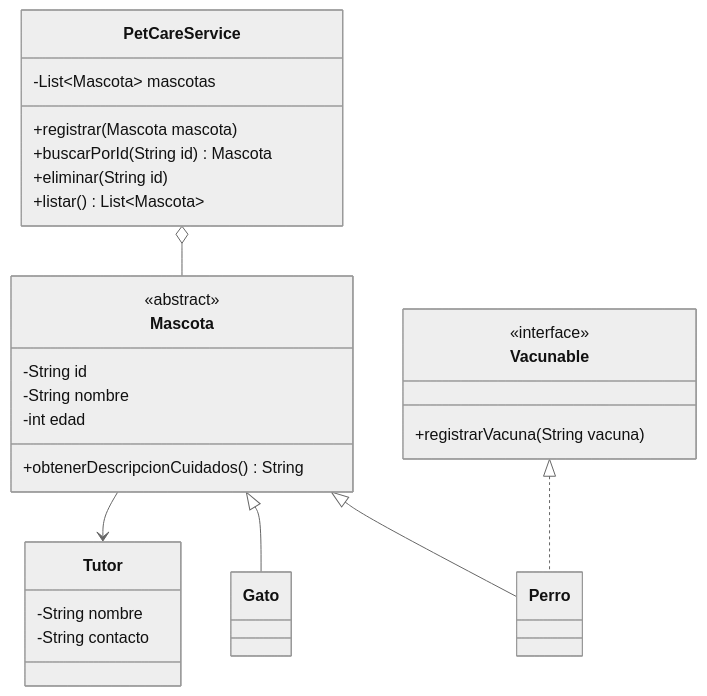
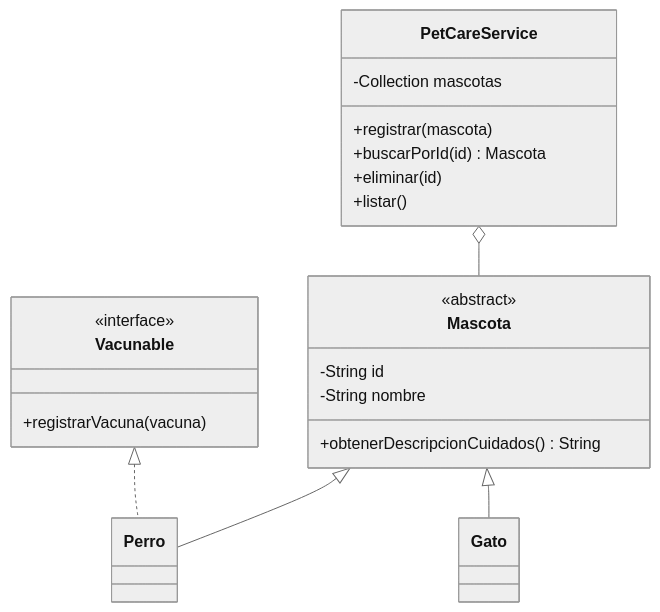
One commit to cmartinezs/DSY1102-DESARROLLO-ORIENTADO-OBJETOS-2026-2 changed the diagram in proyecto-formativo/semana-08/MODELO-Y-CHECKPOINT.md. Above: the diagram before and after it, drawn with Mermaid (neutral theme). The commit also changed other lines of this file and 22 other files, not shown here.

````diff
--- a/proyecto-formativo/semana-08/MODELO-Y-CHECKPOINT.md
+++ b/proyecto-formativo/semana-08/MODELO-Y-CHECKPOINT.md
@@ -7,37 +5,30 @@
 ```mermaid
 classDiagram
     class Mascota {
         <<abstract>>
         -String id
         -String nombre
-        -int edad
         +obtenerDescripcionCuidados() String
     }
 
     class Perro
     class Gato
 
-    class Tutor {
-        -String nombre
-        -String contacto
-    }
-
     class PetCareService {
-        -List~Mascota~ mascotas
-        +registrar(Mascota mascota)
-        +buscarPorId(String id) Mascota
-        +eliminar(String id)
-        +listar() List~Mascota~
+        -Collection mascotas
+        +registrar(mascota)
+        +buscarPorId(id) Mascota
+        +eliminar(id)
+        +listar()
     }
 
     class Vacunable {
         <<interface>>
-        +registrarVacuna(String vacuna)
+        +registrarVacuna(vacuna)
     }
 
     Mascota <|-- Perro
     Mascota <|-- Gato
-    Mascota --> Tutor
+    Vacunable <|.. Perro
     PetCareService o-- Mascota
-    Vacunable <|.. Perro
 ```
````
